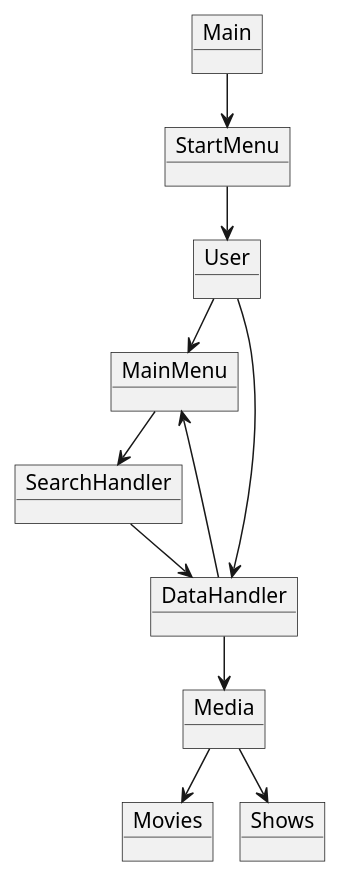
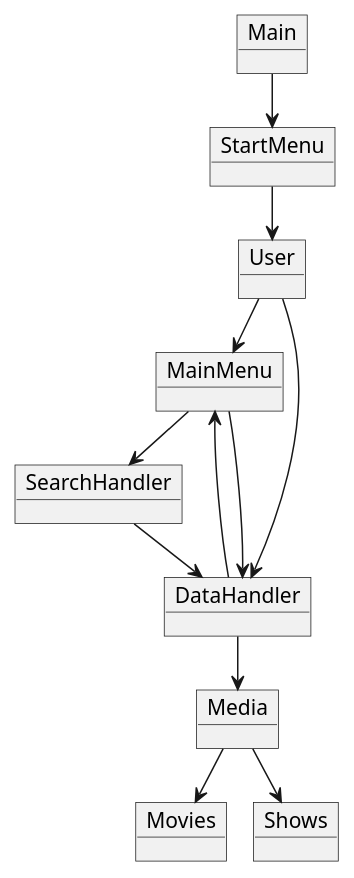
Before and after one commit to ValdemarLarsen02/SP3GruppeD: the diagram in Docs/Domain Model.puml, drawn with PlantUML. The commit also changed 1 other file, not shown here.

```diff
--- a/Docs/Domain Model.puml
+++ b/Docs/Domain Model.puml
@@ -1,37 +1,38 @@
 @startuml
 !pragma layout smetana
 
 object Main
 object StartMenu
 object MainMenu
 object Media
 object DataHandler
 object User
 object SearchHandler
 object Movies
 object Shows
 
 
 
 
 Main --> StartMenu
 StartMenu --> User
 User --> MainMenu
 MainMenu --> SearchHandler
 SearchHandler --> DataHandler
 DataHandler --> Media
 Media --> Shows
 Media --> Movies
 User --> DataHandler
 DataHandler --> MainMenu
+DataHandler <-- MainMenu
 
 
 
 
 
 
 
 
 
 
 @enduml
```
